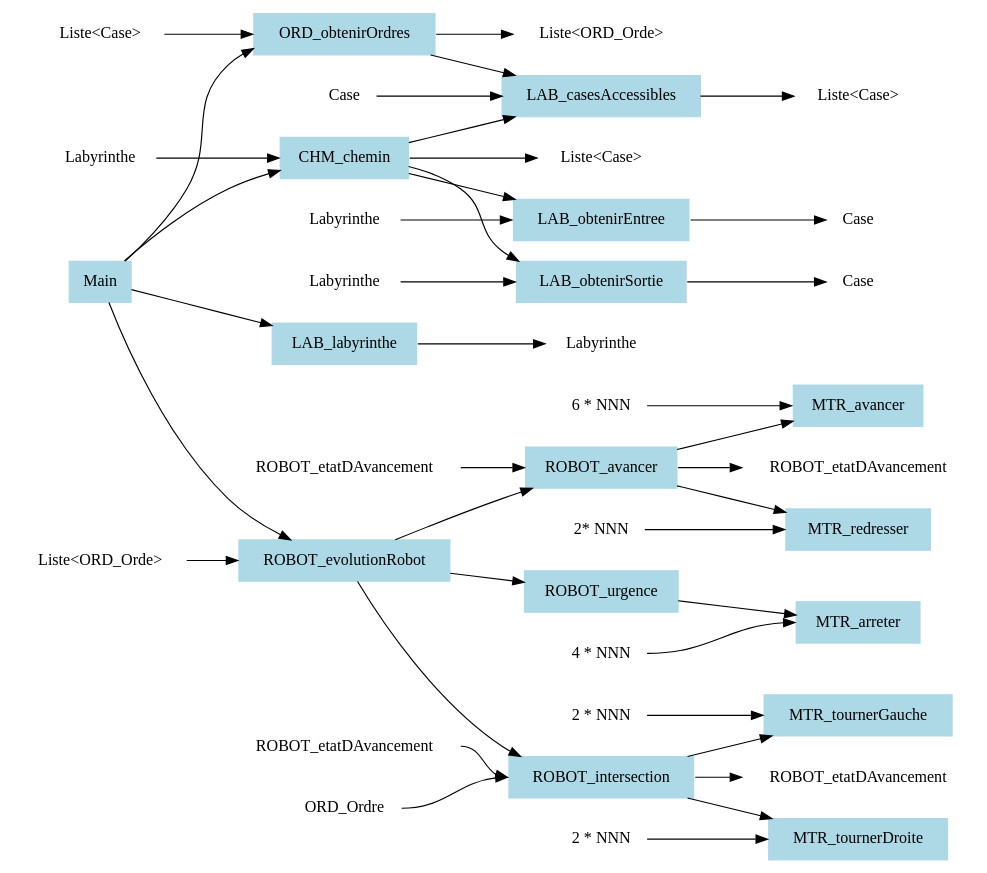
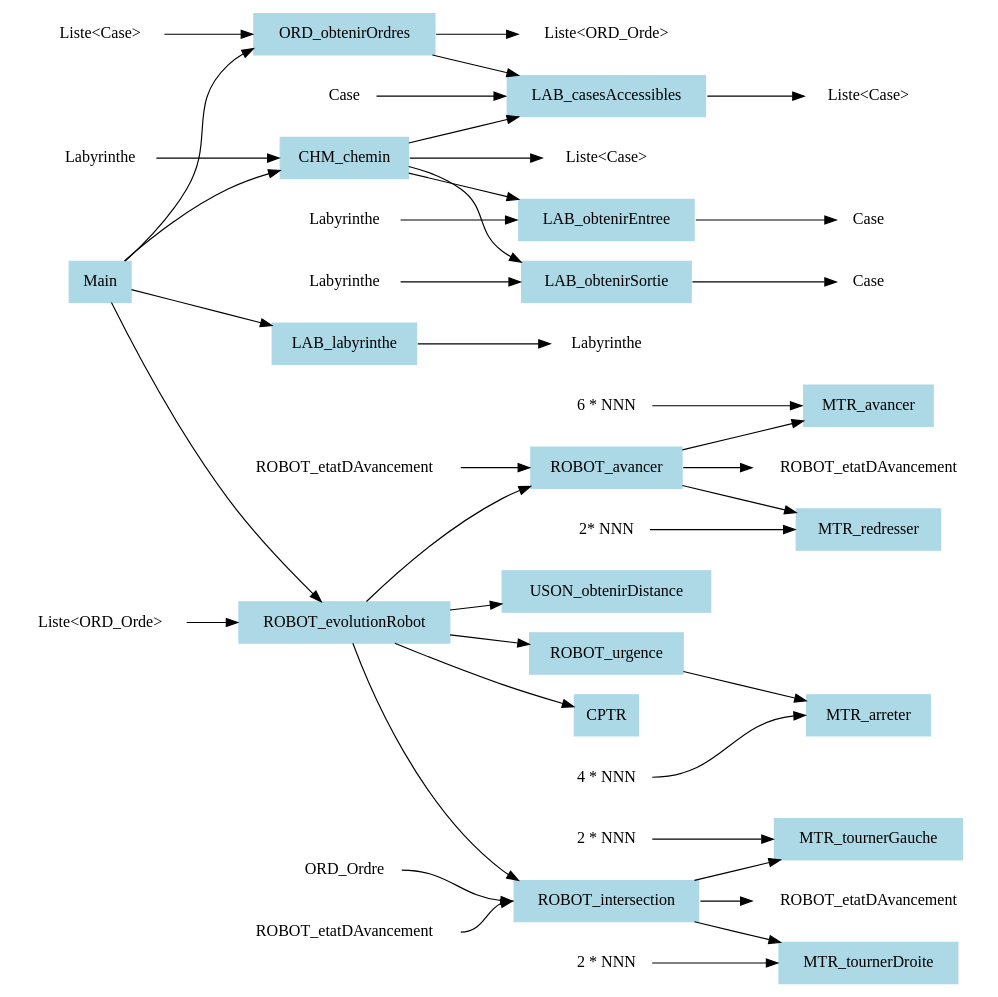
One commit to linavanille/projet-smartrobot changed the diagram in Rapport/analyseD.dot. Above: the diagram before and after it, drawn with Graphviz.

Commit message:
Update file analyseD.dot

```diff
--- a/Rapport/analyseD.dot
+++ b/Rapport/analyseD.dot
@@ -1,106 +1,106 @@
 digraph TopDownAnalysis {
     rankdir=LR; // Orientation top-down
     //splines=false; // Force straight arrows
     node [shape=box, style=filled, color=lightblue]; // Style des noeuds
 
     // Tâche principale
     "Main" -> {"LAB_labyrinthe" "CHM_chemin" "ORD_obtenirOrdres" "ROBOT_evolutionRobot" };
 
         //LAB_labyrinthe
         "LAB_labyrinthe";
         sortie_lab [label="Labyrinthe"]
         "LAB_labyrinthe":e -> sortie_lab:w; // Sortie
 
         //CHM_chemin 
         "CHM_chemin" -> { "LAB_casesAccessibles" "LAB_obtenirEntree" "LAB_obtenirSortie"};
         entree_chm [label= "Labyrinthe"]
         entree_chm:e -> "CHM_chemin":w; // Entree
         sortie_chm [label="Liste<Case>"]
         "CHM_chemin":e -> sortie_chm:w; // Sortie
 
             //casesAccessibles 
             "LAB_casesAccessibles";
             entree_CA [label= "Case"]
             entree_CA:e -> "LAB_casesAccessibles":w; // Entree
             sortie_CA [label="Liste<Case>"]
             "LAB_casesAccessibles":e -> sortie_CA:w; // Sortie
 
             //obtenirEntree 
             "LAB_obtenirEntree";
             entree_oE [label= "Labyrinthe"]
             entree_oE:e -> "LAB_obtenirEntree":w; // Entree
             sortie_oE [label="Case"]
             "LAB_obtenirEntree":e -> sortie_oE:w; // Sortie
 
             //obtenirSortie 
             "LAB_obtenirSortie";
             entree_oS [label= "Labyrinthe"]
             entree_oS:e -> "LAB_obtenirSortie":w; // Entree
             sortie_oS [label="Case"]
             "LAB_obtenirSortie":e -> sortie_oS:w; // Sortie
         
         //ORD_obtenirOrdres
         "ORD_obtenirOrdres" -> { "LAB_casesAccessibles"};
         entree_oOrd [label= "Liste<Case>"]
         entree_oOrd:e -> "ORD_obtenirOrdres":w; // Entree
         sortie_oOrd [label="Liste<ORD_Orde>"]
         "ORD_obtenirOrdres":e -> sortie_oOrd:w; // Sortie
 
         //ROBOT_evolutionRobot
-        "ROBOT_evolutionRobot" -> { "ROBOT_avancer" "ROBOT_intersection" "ROBOT_urgence"};
+        "ROBOT_evolutionRobot" -> { "ROBOT_avancer" "ROBOT_intersection" "ROBOT_urgence" "USON_obtenirDistance" "CPTR"};
         entree_eR [label= "Liste<ORD_Orde>"]
         entree_eR:e -> "ROBOT_evolutionRobot":w; // Entree
 
             //ROBOT_avancer
             "ROBOT_avancer" -> {"MTR_avancer" "MTR_redresser"};
             entree_Ra [label= "ROBOT_etatDAvancement"]
             entree_Ra:e -> "ROBOT_avancer":w; // Entree
             sortie_Ra [label="ROBOT_etatDAvancement"]
             "ROBOT_avancer":e -> sortie_Ra:w; // Sortie
 
                 //MTR_avancer
                 "MTR_avancer";
                 entree_Mav [label= "6 * NNN"]
                 entree_Mav:e -> "MTR_avancer":w; // Entree
 
                 //MTR_redresser
                 "MTR_redresser";
                 entree_Mr [label= "2* NNN"]
                 entree_Mr:e -> "MTR_redresser":w; // Entree
 
             //ROBOT_intersection
             "ROBOT_intersection" -> {"MTR_tournerGauche" "MTR_tournerDroite"};
             entree_Ri1 [label= "ROBOT_etatDAvancement"]
             entree_Ri1:e -> "ROBOT_intersection":w; // Entree
             entree_Ri2 [label= "ORD_Ordre"]
             entree_Ri2:e -> "ROBOT_intersection":w; // Entree
             sortie_Ri [label="ROBOT_etatDAvancement"]
             "ROBOT_intersection":e -> sortie_Ri:w; // Sortie
 
                 //MTR_tournerGauche
                 "MTR_tournerGauche";
                 entree_MtG [label= "2 * NNN"]
                 entree_MtG:e -> "MTR_tournerGauche":w; // Entree
 
                 //MTR_tournerDroite
                 "MTR_tournerDroite";
                 entree_MtD [label= "2 * NNN"]
                 entree_MtD:e -> "MTR_tournerDroite":w; // Entree
 
             //ROBOT_urgence
             "ROBOT_urgence" -> {"MTR_arreter"};
 
                 //MTR_arreter
                 "MTR_arreter";
                 entree_Mar [label= "4 * NNN"]
                 entree_Mar:e -> "MTR_arreter":w; // Entree
             
 
                 
 
     // Styles spécifiques pour Entrées/Sorties
     entree_chm, entree_CA, entree_oE, entree_oS, entree_oOrd, entree_eR, entree_Ra, entree_Mav, entree_Mr, entree_Ri1, entree_Ri2, entree_MtD, entree_MtG, entree_Mar [shape=none, color=none];
     sortie_lab, sortie_chm, sortie_CA, sortie_oE, sortie_oS, sortie_oOrd, sortie_Ra, sortie_Ri [shape=none, color=none];
     
 
 }
```
